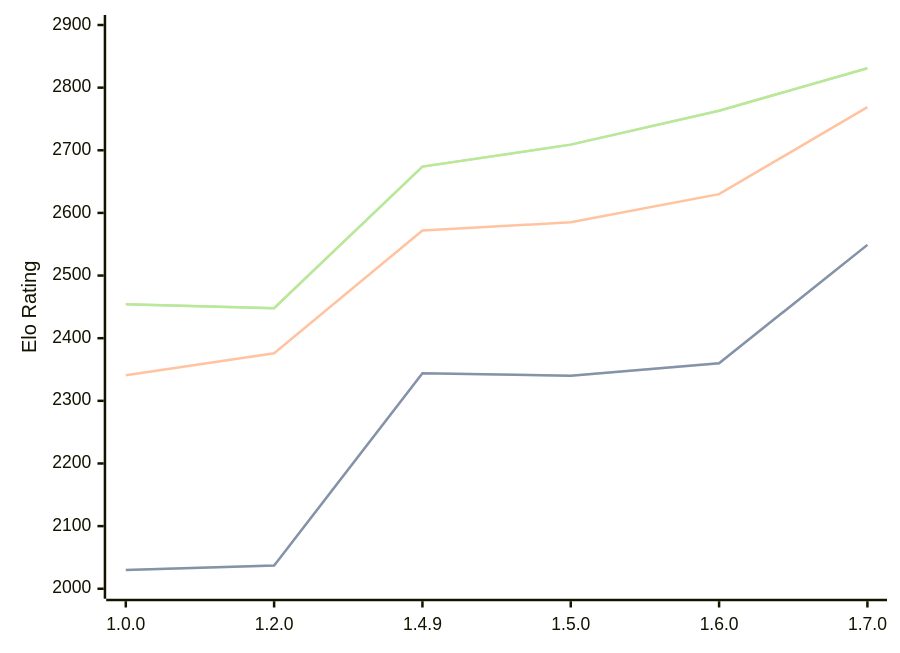
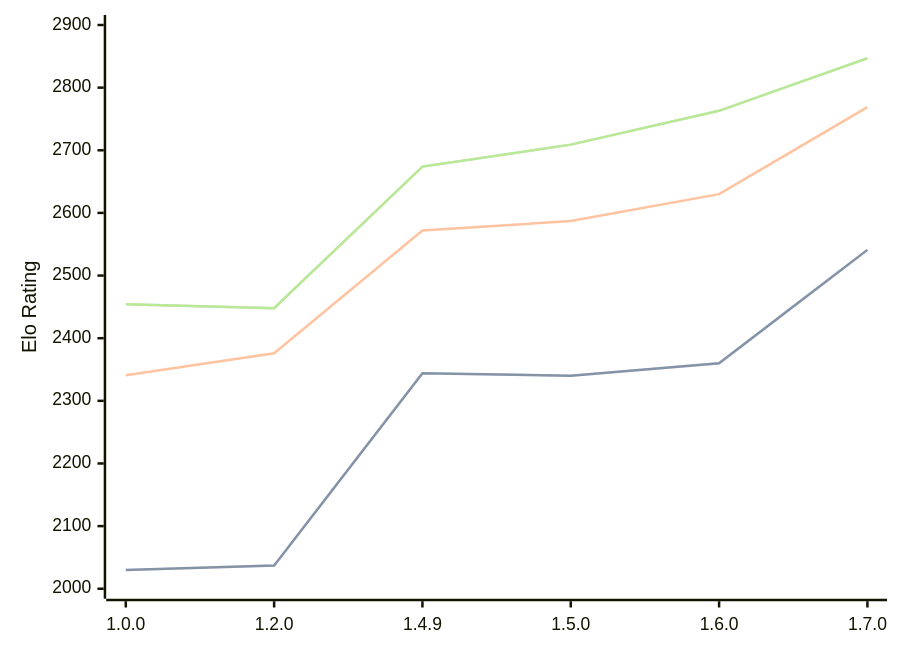
Before and after one commit to computer-chess-index/cci: the third of 3 diagrams in engines/Basilisk.md, drawn with Mermaid. The commit also changed other lines of this file, not shown here.

Commit message:
Update CCI Ratings (ELO VLTC) - 2026-07-04

````diff
--- a/engines/Basilisk.md
+++ b/engines/Basilisk.md
@@ -83,11 +83,11 @@
 ```mermaid
 %%{init: {"theme":"base","themeVariables":{"seriesColors:['#a3a3a3','#222221','#faa371']}}}%%
 xychart-beta
   x-axis ["1.0.0", "1.2.0", "1.4.9", "1.5.0", "1.6.0", "1.7.0"]
   y-axis "Elo Rating" 2000 --> 2900
-  line "STC (8.0+0.08s)" [2030, 2037, 2344, 2340, 2360, 2549]
-  line "STC (8.0+0.08s)" [2030, 2037, 2344, 2340, 2360, 2549]
-  line "LTC (60.0+0.60s)" [2341, 2376, 2572, 2585, 2630, 2769]
-  line "VLTC (2m24s+1.12s)" [2454, 2448, 2674, 2709, 2763, 2831]
-  line "VLTC (2m24s+1.12s)" [2454, 2448, 2674, 2709, 2763, 2831]
+  line "STC (8.0+0.08s)" [2030, 2037, 2344, 2340, 2360, 2541]
+  line "STC (8.0+0.08s)" [2030, 2037, 2344, 2340, 2360, 2541]
+  line "LTC (60.0+0.60s)" [2341, 2376, 2572, 2587, 2630, 2769]
+  line "VLTC (2m24s+1.12s)" [2454, 2448, 2674, 2709, 2763, 2847]
+  line "VLTC (2m24s+1.12s)" [2454, 2448, 2674, 2709, 2763, 2847]
 ```
````
